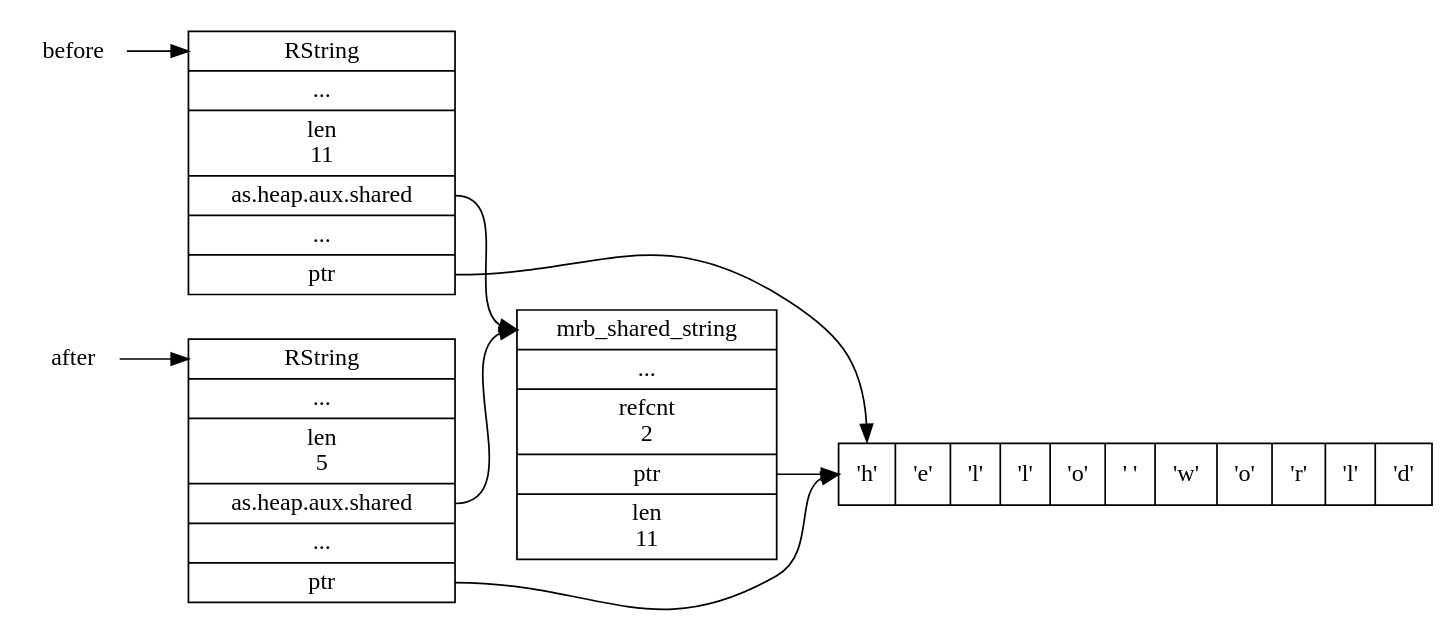
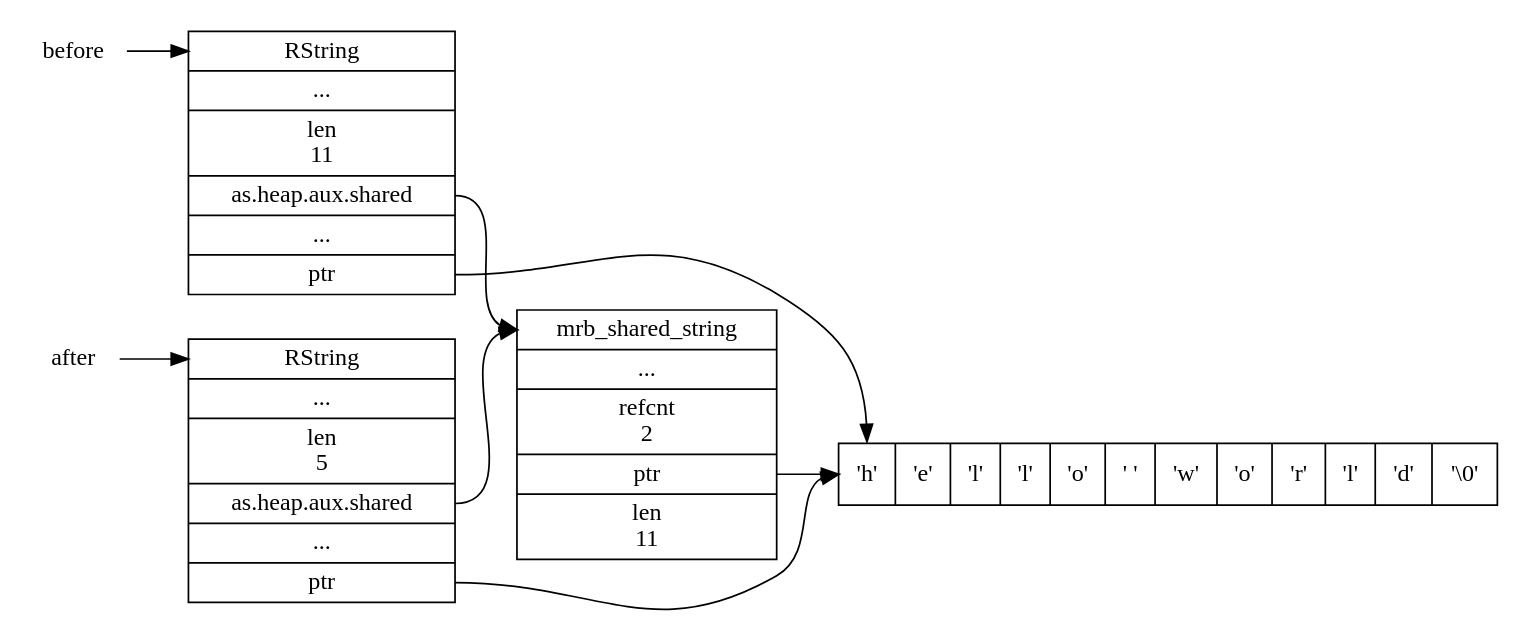
One commit to huangzworks/note changed the second of 2 diagrams in language/mruby-code-analysis/string.rst. Above: the diagram before and after it, drawn with Graphviz. The commit also changed other lines of this file, not shown here.

```diff
--- a/language/mruby-code-analysis/string.rst
+++ b/language/mruby-code-analysis/string.rst
@@ -449,35 +449,35 @@
 .. graphviz::
 
     digraph {
 
         rankdir = LR;
 
         node [shape = plaintext]
 
         before;
         after;
 
         node [shape = record]
 
         before_RString [label = " <head> RString | ... | len \n 11 | <shared> as.heap.aux.shared  | ... | <ptr> ptr "];
 
         after_RString [label = " <head> RString | ... | len \n 5 | <shared> as.heap.aux.shared  | ... | <ptr> ptr "];
 
         mrb_shared_string [label = " <head> mrb_shared_string | ... | refcnt \n 2 | <ptr> ptr | len \n 11 "];
 
-        buffer [label = " { <0> 'h' | 'e' | 'l' | 'l' | <4> 'o' | ' ' | 'w' | 'o' | 'r' | 'l' | <10> 'd' } "];
+        buffer [label = " { <0> 'h' | 'e' | 'l' | 'l' | <4> 'o' | ' ' | 'w' | 'o' | 'r' | 'l' | <10> 'd' | '\\0' } "];
 
         //
 
         before -> before_RString:head;
         after -> after_RString:head;
 
         before_RString:shared -> mrb_shared_string:head;
         after_RString:shared -> mrb_shared_string:head;
 
         mrb_shared_string:ptr -> buffer:0;
 
         before_RString:ptr -> buffer:0;
         after_RString:ptr -> buffer:0;
 
     }
```
